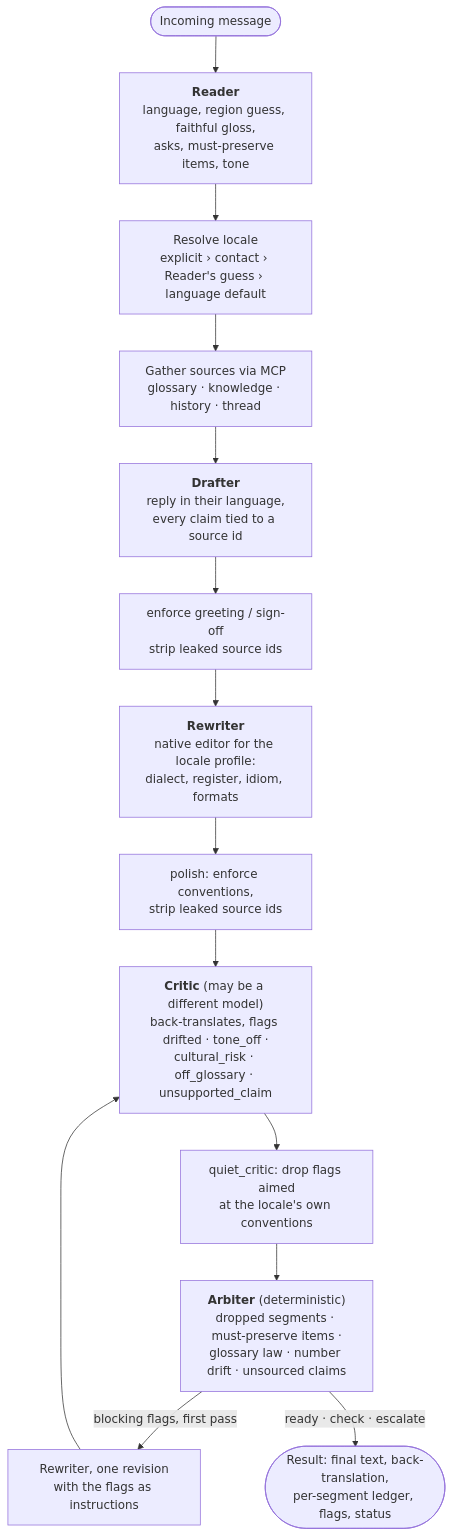
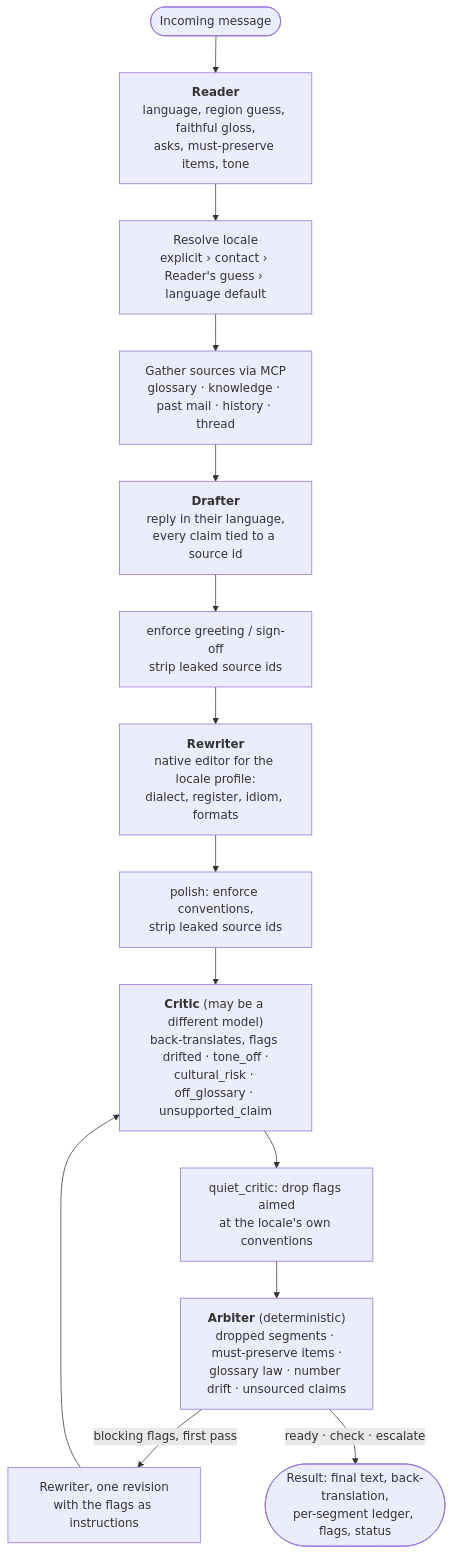
One commit to Saltef/Localect changed the second of 4 diagrams in docs/ARCHITECTURE.md. Above: the diagram before and after it, drawn with Mermaid. The commit also changed other lines of this file and 31 other files, not shown here.

````diff
--- a/docs/ARCHITECTURE.md
+++ b/docs/ARCHITECTURE.md
@@ -76,26 +77,26 @@
 ```mermaid
 flowchart TB
     IN([Incoming message]) --> R
 
     R["<b>Reader</b><br/>language, region guess, faithful gloss,<br/>asks, must-preserve items, tone"]
     R --> LOC["Resolve locale<br/>explicit › contact › Reader's guess › language default"]
-    LOC --> SRC["Gather sources via MCP<br/>glossary · knowledge · history · thread"]
+    LOC --> SRC["Gather sources via MCP<br/>glossary · knowledge · past mail · history · thread"]
     SRC --> D
 
     D["<b>Drafter</b><br/>reply in their language,<br/>every claim tied to a source id"]
     D --> E1["enforce greeting / sign-off<br/>strip leaked source ids"]
     E1 --> RW
 
     RW["<b>Rewriter</b><br/>native editor for the locale profile:<br/>dialect, register, idiom, formats"]
     RW --> E2["polish: enforce conventions,<br/>strip leaked source ids"]
     E2 --> C
 
     C["<b>Critic</b> (may be a different model)<br/>back-translates, flags drifted · tone_off ·<br/>cultural_risk · off_glossary · unsupported_claim"]
     C --> QC["quiet_critic: drop flags aimed<br/>at the locale's own conventions"]
     QC --> A
 
     A["<b>Arbiter</b> (deterministic)<br/>dropped segments · must-preserve items ·<br/>glossary law · number drift · unsourced claims"]
     A -->|blocking flags, first pass| RW2["Rewriter, one revision<br/>with the flags as instructions"]
     RW2 --> C
     A -->|"ready · check · escalate"| OUT([Result: final text, back-translation,<br/>per-segment ledger, flags, status])
 ```
````
